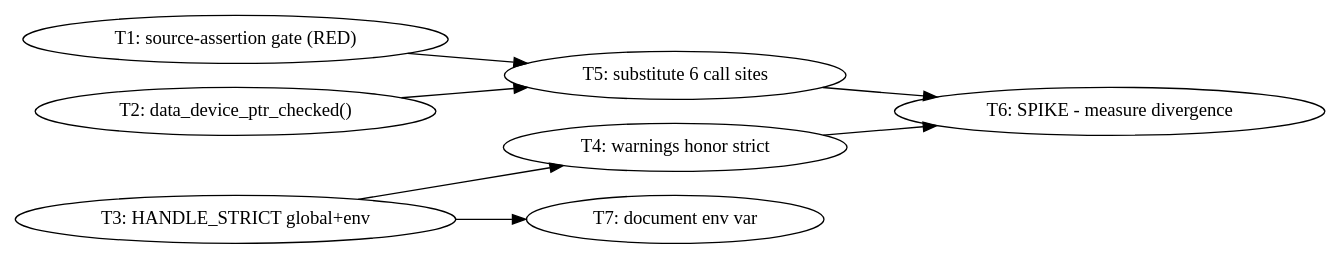
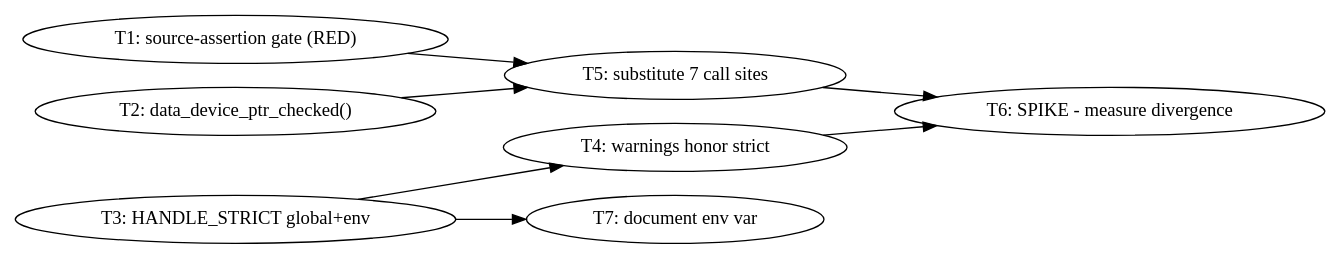
The diagram in docs/plans/2026-07-30-handle-storage-stage0-observability.md (kainlan/llama.cpp-intel-optimizations), drawn with Graphviz before and after one commit. The commit also changed other lines of this file, not shown here.

First line of the commit message:
docs(sycl): plan said 6 unchecked sites; the verified count is 7

````diff
--- a/docs/plans/2026-07-30-handle-storage-stage0-observability.md
+++ b/docs/plans/2026-07-30-handle-storage-stage0-observability.md
@@ -39,18 +39,18 @@
 ```dot
 digraph dependencies {
     rankdir=LR;
     1 [label="T1: source-assertion gate (RED)"];
     2 [label="T2: data_device_ptr_checked()"];
     3 [label="T3: HANDLE_STRICT global+env"];
     4 [label="T4: warnings honor strict"];
-    5 [label="T5: substitute 6 call sites"];
+    5 [label="T5: substitute 7 call sites"];
     6 [label="T6: SPIKE - measure divergence"];
     7 [label="T7: document env var"];
     2 -> 5;
     1 -> 5;
     3 -> 4;
     3 -> 7;
     4 -> 6;
     5 -> 6;
 }
 ```
````
